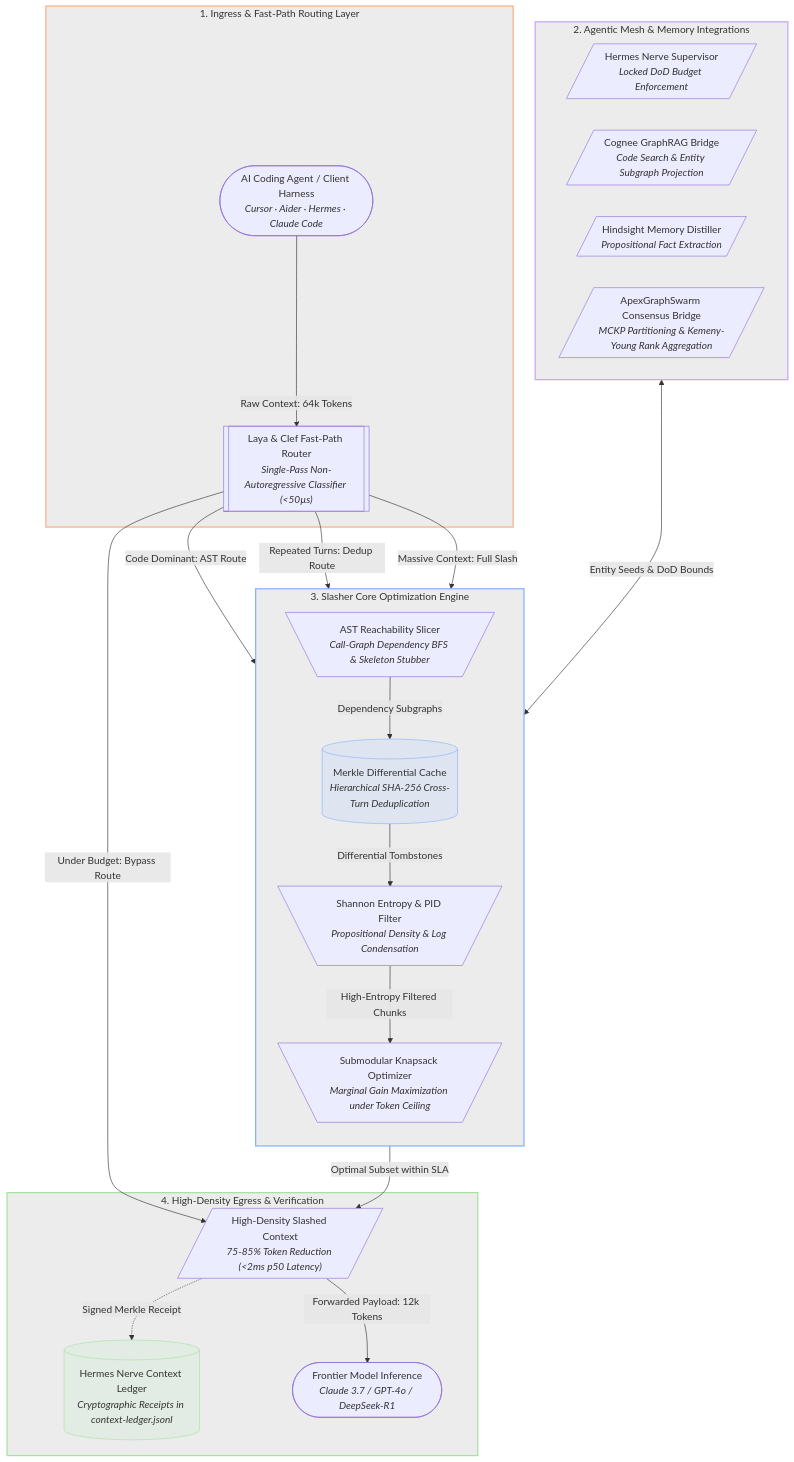
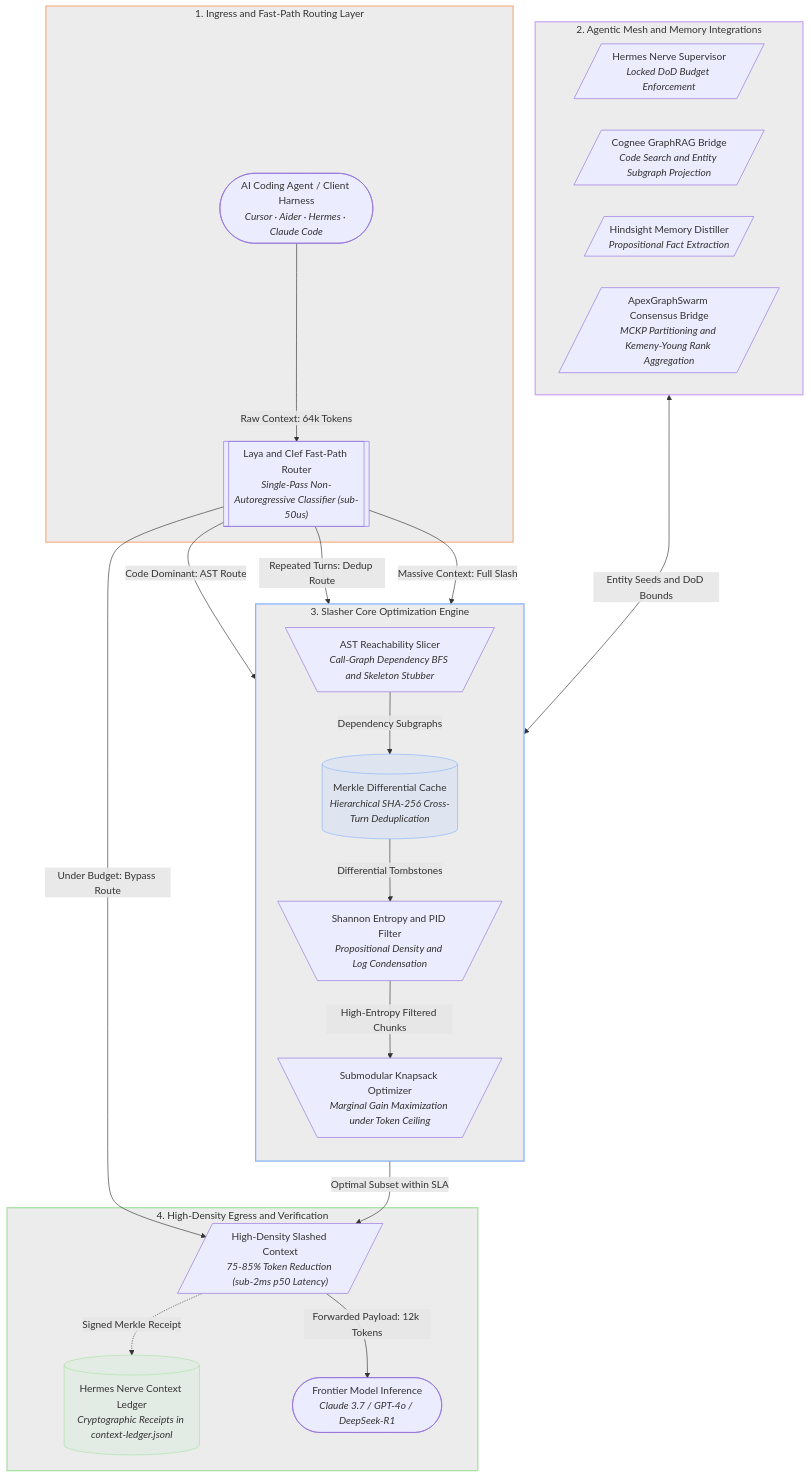
The first of 3 diagrams in README.md (AAH20/apex-token-slasher), drawn with Mermaid before and after one commit. The commit also changed other lines of this file, not shown here.

Commit message:
fix(diagrams): eliminate statement-breaking semicolons and unclosed angle brackets in Mermaid sequence and state diagrams

````diff
--- a/README.md
+++ b/README.md
@@ -24,50 +24,50 @@
 ```mermaid
 flowchart TD
-    subgraph INGRESS["1. Ingress & Fast-Path Routing Layer"]
+    subgraph INGRESS["1. Ingress and Fast-Path Routing Layer"]
         AGENT(["AI Coding Agent / Client Harness<br/><i>Cursor · Aider · Hermes · Claude Code</i>"])
-        GATE[["Laya & Clef Fast-Path Router<br/><i>Single-Pass Non-Autoregressive Classifier (<50µs)</i>"]]
+        GATE[["Laya and Clef Fast-Path Router<br/><i>Single-Pass Non-Autoregressive Classifier (sub-50us)</i>"]]
     end
 
-    subgraph MESH["2. Agentic Mesh & Memory Integrations"]
+    subgraph MESH["2. Agentic Mesh and Memory Integrations"]
         NERVE[/"Hermes Nerve Supervisor<br/><i>Locked DoD Budget Enforcement</i>"/]
-        COGNEE[/"Cognee GraphRAG Bridge<br/><i>Code Search & Entity Subgraph Projection</i>"/]
+        COGNEE[/"Cognee GraphRAG Bridge<br/><i>Code Search and Entity Subgraph Projection</i>"/]
         HINDSIGHT[/"Hindsight Memory Distiller<br/><i>Propositional Fact Extraction</i>"/]
-        SWARM[/"ApexGraphSwarm Consensus Bridge<br/><i>MCKP Partitioning & Kemeny-Young Rank Aggregation</i>"/]
+        SWARM[/"ApexGraphSwarm Consensus Bridge<br/><i>MCKP Partitioning and Kemeny-Young Rank Aggregation</i>"/]
     end
 
     subgraph ENGINE["3. Slasher Core Optimization Engine"]
         direction TB
-        AST[\"AST Reachability Slicer<br/><i>Call-Graph Dependency BFS & Skeleton Stubber</i>"/]
+        AST[\"AST Reachability Slicer<br/><i>Call-Graph Dependency BFS and Skeleton Stubber</i>"/]
         CACHE[("Merkle Differential Cache<br/><i>Hierarchical SHA-256 Cross-Turn Deduplication</i>")]
-        ENTROPY[\"Shannon Entropy & PID Filter<br/><i>Propositional Density & Log Condensation</i>"/]
+        ENTROPY[\"Shannon Entropy and PID Filter<br/><i>Propositional Density and Log Condensation</i>"/]
         KNAPSACK[\"Submodular Knapsack Optimizer<br/><i>Marginal Gain Maximization under Token Ceiling</i>"/]
     end
 
-    subgraph EGRESS["4. High-Density Egress & Verification"]
-        PROMPT[/"High-Density Slashed Context<br/><i>75-85% Token Reduction (<2ms p50 Latency)</i>"/]
+    subgraph EGRESS["4. High-Density Egress and Verification"]
+        PROMPT[/"High-Density Slashed Context<br/><i>75-85% Token Reduction (sub-2ms p50 Latency)</i>"/]
         LEDGER[("Hermes Nerve Context Ledger<br/><i>Cryptographic Receipts in context-ledger.jsonl</i>")]
         LLM(["Frontier Model Inference<br/><i>Claude 3.7 / GPT-4o / DeepSeek-R1</i>"])
     end
 
     AGENT -->|Raw Context: 64k Tokens| GATE
     GATE -->|Under Budget: Bypass Route| PROMPT
     GATE -->|Code Dominant: AST Route| AST
     GATE -->|Repeated Turns: Dedup Route| CACHE
     GATE -->|Massive Context: Full Slash| AST
 
-    MESH <--->|Entity Seeds & DoD Bounds| ENGINE
+    MESH <--->|Entity Seeds and DoD Bounds| ENGINE
     AST -->|Dependency Subgraphs| CACHE
     CACHE -->|Differential Tombstones| ENTROPY
     ENTROPY -->|High-Entropy Filtered Chunks| KNAPSACK
     KNAPSACK -->|Optimal Subset within SLA| PROMPT
 
     PROMPT -->|Forwarded Payload: 12k Tokens| LLM
     PROMPT -.->|Signed Merkle Receipt| LEDGER
 
     style INGRESS fill:#1e1e2e15,stroke:#fab387,stroke-width:2px
     style MESH fill:#1e1e2e15,stroke:#cba6f7,stroke-width:2px
     style ENGINE fill:#1e1e2e15,stroke:#89b4fa,stroke-width:2px
     style EGRESS fill:#1e1e2e15,stroke:#a6e3a1,stroke-width:2px
     style CACHE fill:#89b4fa22,stroke:#89b4fa
     style LEDGER fill:#a6e3a122,stroke:#a6e3a1
 ```
````
